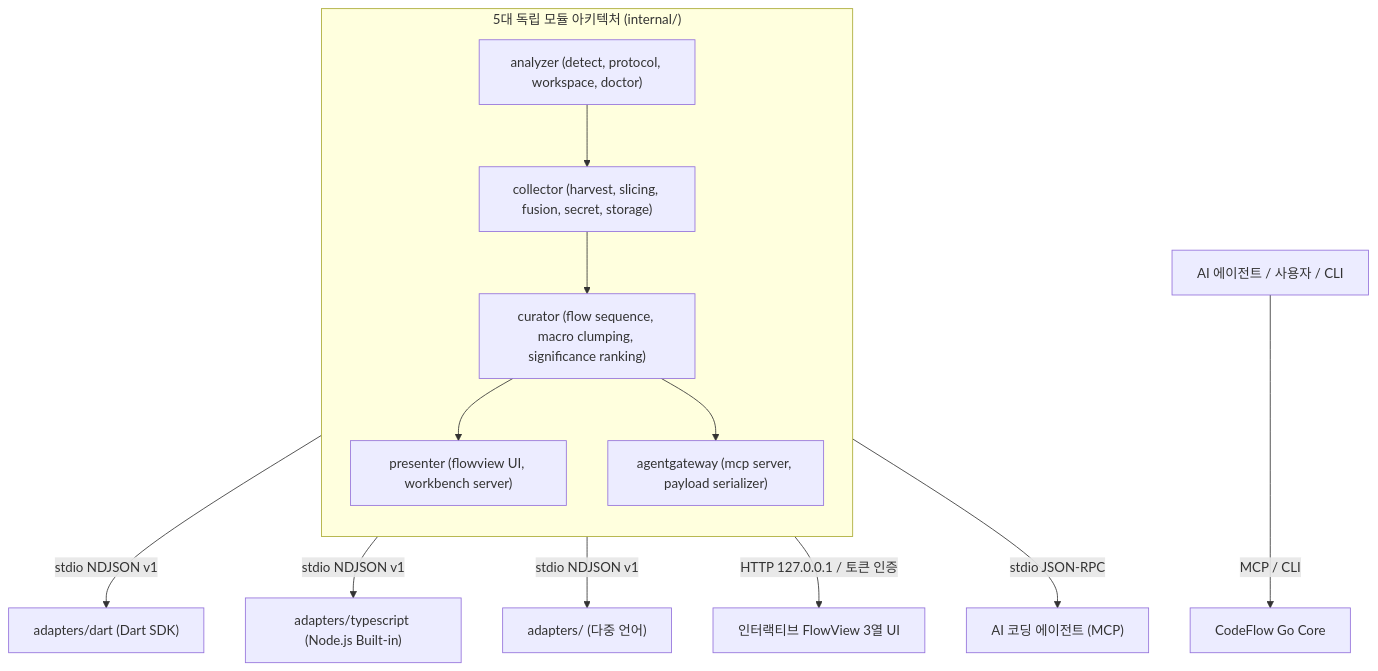
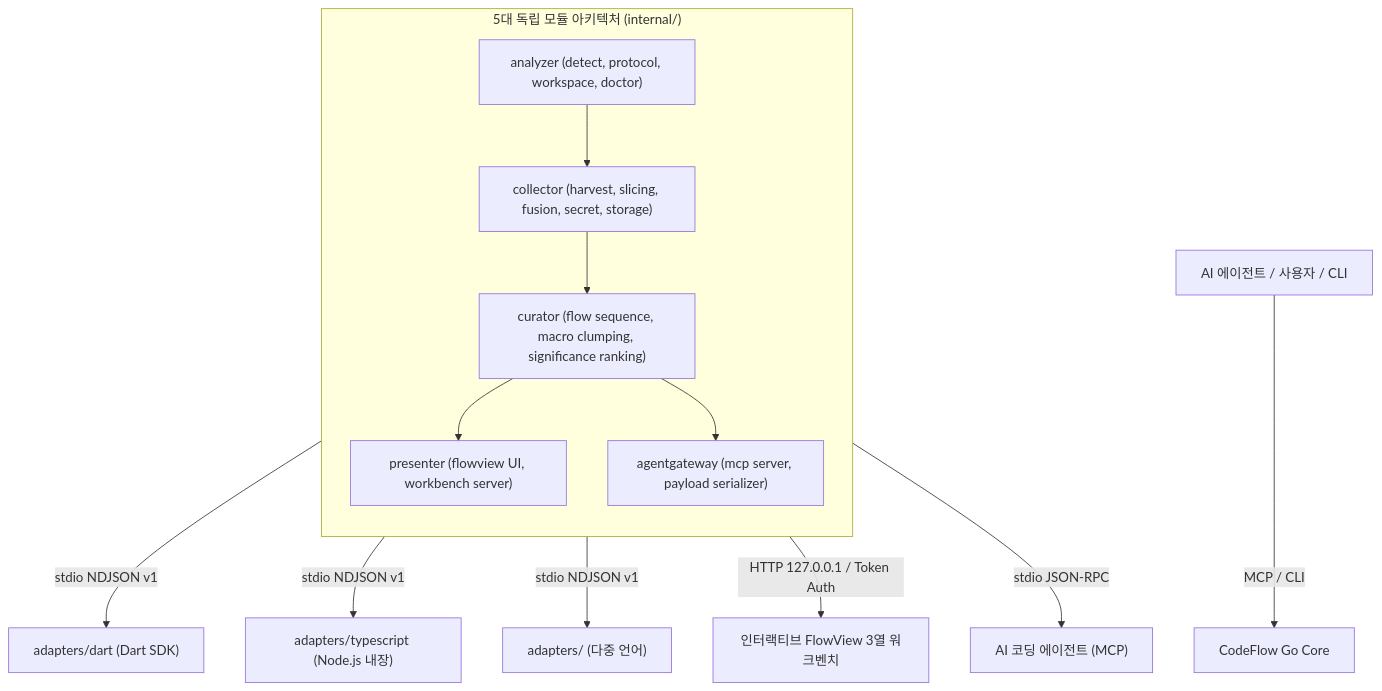
Before and after one commit to cutehackers/codeflow: the diagram in docs/PROJECT-ko.md, drawn with Mermaid. The commit also changed other lines of this file and 8 other files, not shown here.

Commit message:
docs: updated docs, architecture

````diff
--- a/docs/PROJECT-ko.md
+++ b/docs/PROJECT-ko.md
@@ -95,25 +101,25 @@
 ```mermaid
 graph TD
     Client["AI 에이전트 / 사용자 / CLI"] -->|MCP / CLI| Core["CodeFlow Go Core"]
     
     subgraph Modules ["5대 독립 모듈 아키텍처 (internal/)"]
         direction TB
         M1["analyzer (detect, protocol, workspace, doctor)"]
         M2["collector (harvest, slicing, fusion, secret, storage)"]
         M3["curator (flow sequence, macro clumping, significance ranking)"]
         M4["presenter (flowview UI, workbench server)"]
         M5["agentgateway (mcp server, payload serializer)"]
         
         M1 --> M2
         M2 --> M3
         M3 --> M4
         M3 --> M5
     end
     
     M1 -->|stdio NDJSON v1| DartAdapter["adapters/dart (Dart SDK)"]
-    M1 -->|stdio NDJSON v1| TSAdapter["adapters/typescript (Node.js Built-in)"]
+    M1 -->|stdio NDJSON v1| TSAdapter["adapters/typescript (Node.js 내장)"]
     M1 -->|stdio NDJSON v1| OtherAdapters["adapters/<lang> (다중 언어)"]
     
-    M4 -->|HTTP 127.0.0.1 / 토큰 인증| Browser["인터랙티브 FlowView 3열 UI"]
+    M4 -->|HTTP 127.0.0.1 / Token Auth| Browser["인터랙티브 FlowView 3열 워크벤치"]
     M5 -->|stdio JSON-RPC| AIAgent["AI 코딩 에이전트 (MCP)"]
 ```
````
